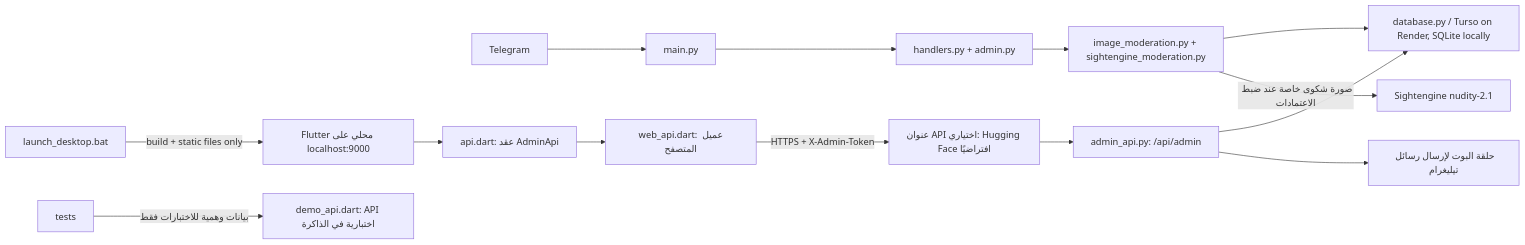
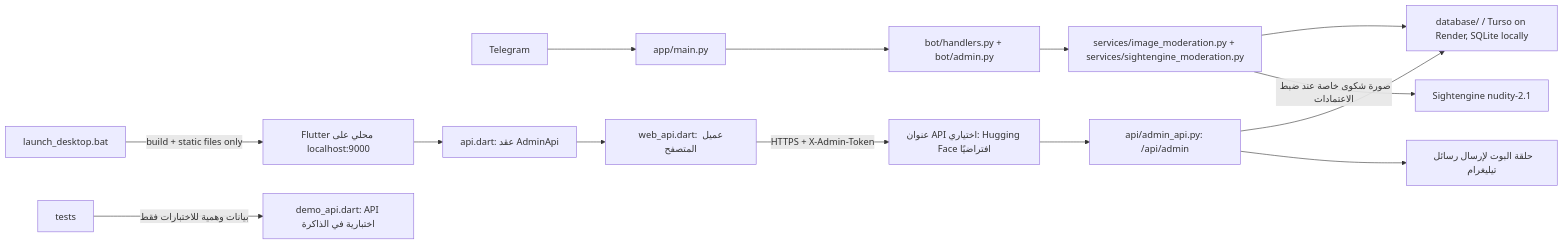
Before and after one commit to ABU-AZZAM-COM/mrw-bot: the diagram in PROJECT_MAP.md, drawn with Mermaid. The commit also changed other lines of this file and 64 other files, not shown here.

````diff
--- a/PROJECT_MAP.md
+++ b/PROJECT_MAP.md
@@ -38,16 +38,16 @@
 ```mermaid
 flowchart LR
-  Telegram --> main[main.py]
-  main --> handlers[handlers.py + admin.py]
-  handlers --> screening[image_moderation.py + sightengine_moderation.py]
-  screening --> db[database.py / Turso on Render, SQLite locally]
+  Telegram --> main[app/main.py]
+  main --> handlers[bot/handlers.py + bot/admin.py]
+  handlers --> screening[services/image_moderation.py + services/sightengine_moderation.py]
+  screening --> db[database/ / Turso on Render, SQLite locally]
   screening -->|صورة شكوى خاصة عند ضبط الاعتمادات| sightengine[Sightengine nudity-2.1]
   dashboard[Flutter محلي على localhost:9000] --> contract[api.dart: عقد AdminApi]
   contract --> web[web_api.dart: عميل المتصفح]
   web -->|HTTPS + X-Admin-Token| remote[عنوان API اختياري: Hugging Face افتراضيًا]
-  remote --> api[admin_api.py: /api/admin]
+  remote --> api[api/admin_api.py: /api/admin]
   api --> db
   api --> botloop[حلقة البوت لإرسال رسائل تيليغرام]
   tests -->|بيانات وهمية للاختبارات فقط| demo[demo_api.dart: API اختبارية في الذاكرة]
   launcher[launch_desktop.bat] -->|build + static files only| dashboard
 ```
````
